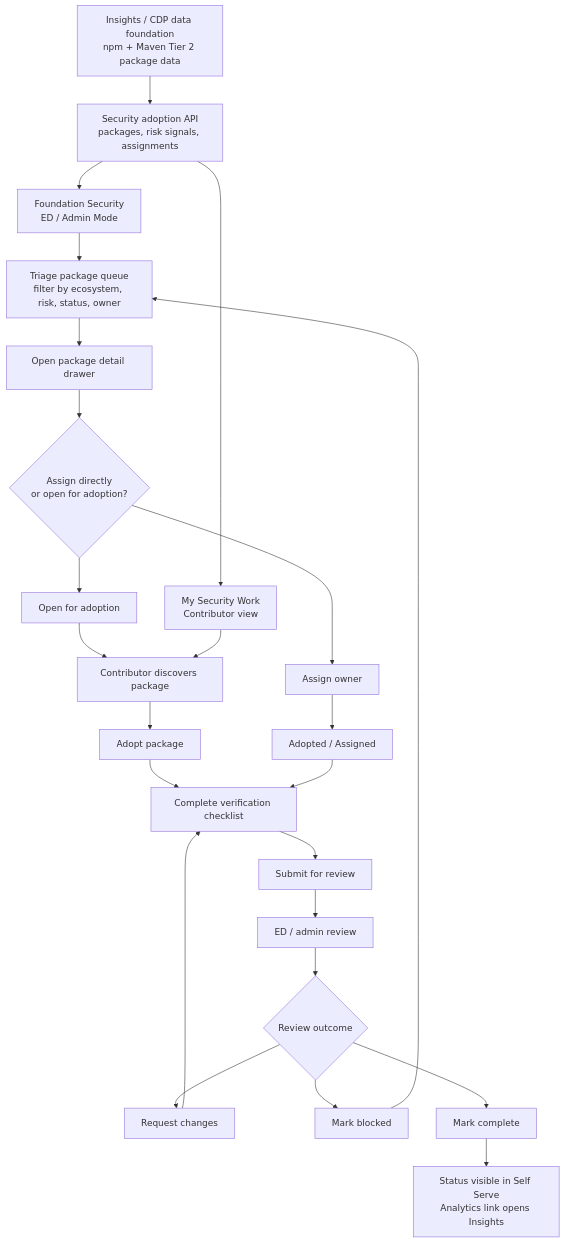
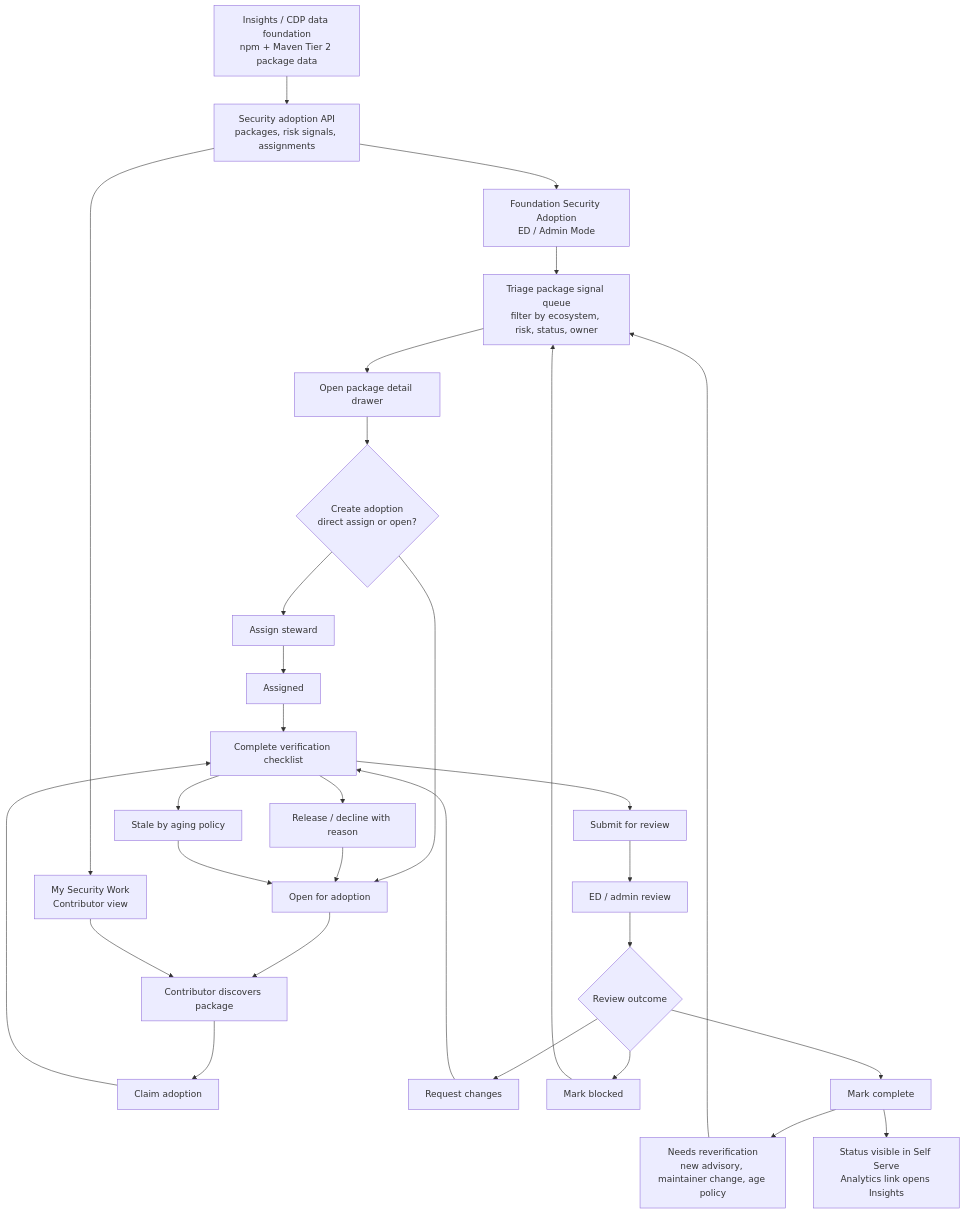
The first of 2 diagrams in docs/security-project-adoption.md (linuxfoundation/lfx-v2-ui), drawn with Mermaid before and after one commit. The commit also changed other lines of this file, not shown here.

Commit message:
docs(security): address adoption spec review

````diff
--- a/docs/security-project-adoption.md
+++ b/docs/security-project-adoption.md
@@ -29,30 +35,36 @@
 ```mermaid
 flowchart TD
   source["Insights / CDP data foundation<br/>npm + Maven Tier 2 package data"] --> sync["Security adoption API<br/>packages, risk signals, assignments"]
-  sync --> admin["Foundation Security<br/>ED / Admin Mode"]
+  sync --> admin["Foundation Security Adoption<br/>ED / Admin Mode"]
   sync --> me["My Security Work<br/>Contributor view"]
 
-  admin --> triage["Triage package queue<br/>filter by ecosystem, risk, status, owner"]
+  admin --> triage["Triage package signal queue<br/>filter by ecosystem, risk, status, owner"]
   triage --> detail["Open package detail drawer"]
-  detail --> assign{"Assign directly<br/>or open for adoption?"}
-  assign --> direct["Assign owner"]
+  detail --> assign{"Create adoption<br/>direct assign or open?"}
+  assign --> direct["Assign steward"]
   assign --> open["Open for adoption"]
 
-  direct --> adopted["Adopted / Assigned"]
+  direct --> assigned["Assigned"]
   open --> discover["Contributor discovers package"]
   me --> discover
-  discover --> adopt["Adopt package"]
+  discover --> adopt["Claim adoption"]
   adopt --> checklist["Complete verification checklist"]
   checklist --> submit["Submit for review"]
 
-  adopted --> checklist
+  assigned --> checklist
   submit --> review["ED / admin review"]
   review --> changes{"Review outcome"}
   changes --> request["Request changes"]
   request --> checklist
   changes --> blocked["Mark blocked"]
   changes --> complete["Mark complete"]
 
+  checklist --> release["Release / decline with reason"]
+  release --> open
+  checklist --> stale["Stale by aging policy"]
+  stale --> open
   blocked --> triage
+  complete --> reverify["Needs reverification<br/>new advisory, maintainer change, age policy"]
+  reverify --> triage
   complete --> insights["Status visible in Self Serve<br/>Analytics link opens Insights"]
 ```
````
